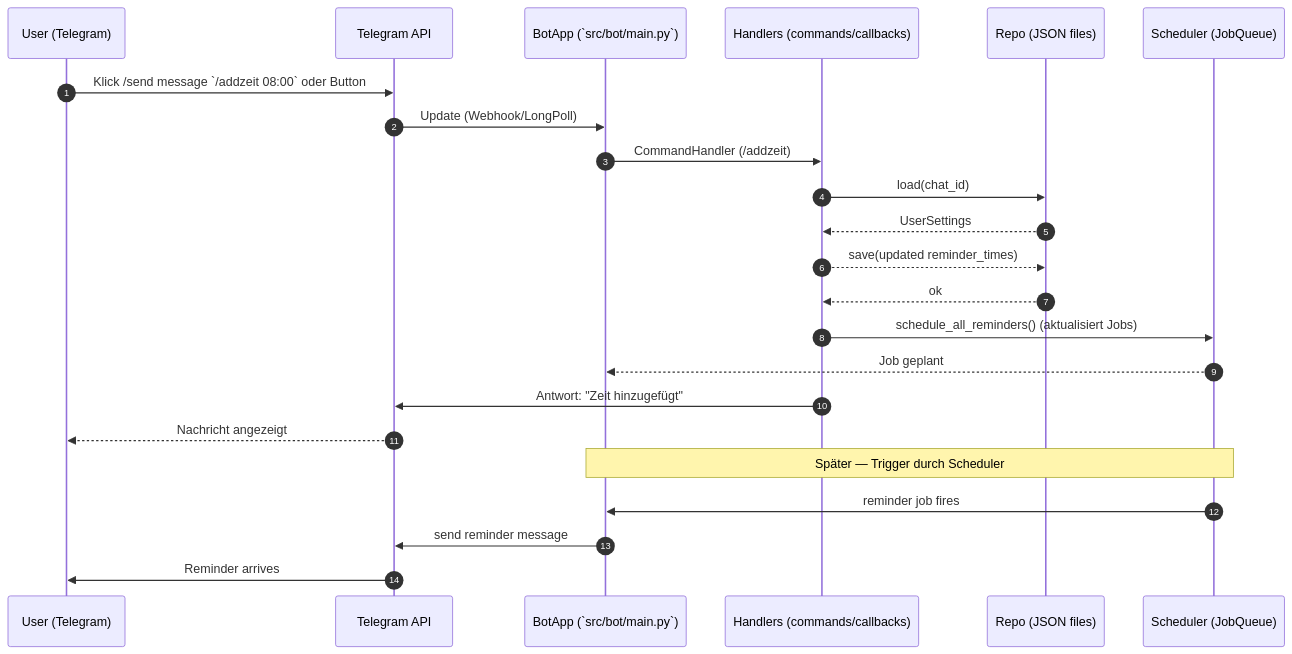
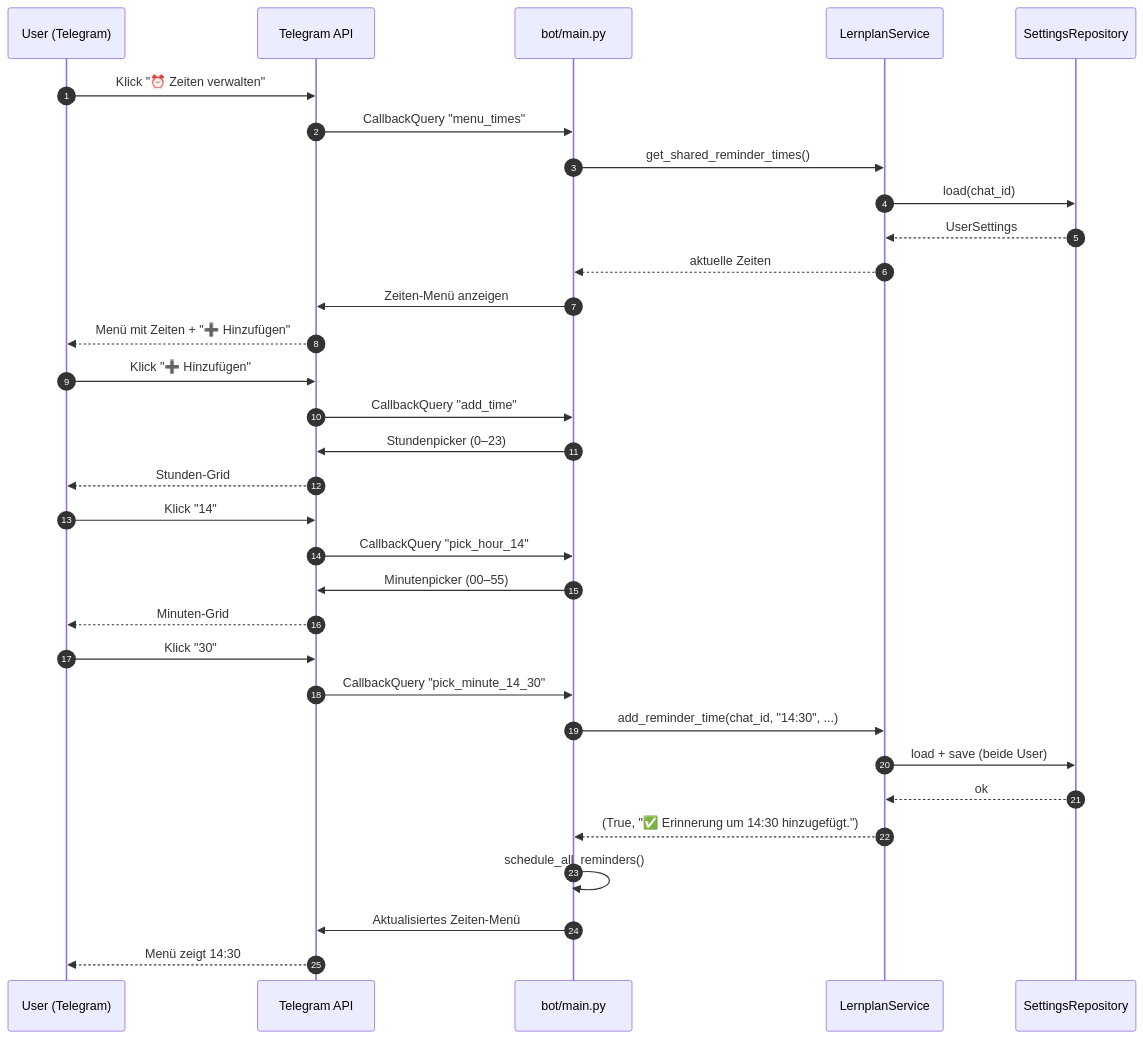
The second of 3 diagrams in ARCHITECTURE.md (portboy/LernplanReminderBot_v2), drawn with Mermaid before and after one commit. The commit also changed other lines of this file and 20 other files, not shown here.

````diff
--- a/ARCHITECTURE.md
+++ b/ARCHITECTURE.md
@@ -35,27 +111,38 @@
 ```mermaid
 sequenceDiagram
   autonumber
   participant U as User (Telegram)
   participant T as Telegram API
-  participant B as BotApp (`src/bot/main.py`)
-  participant H as Handlers (commands/callbacks)
-  participant R as Repo (JSON files)
-  participant S as Scheduler (JobQueue)
+  participant B as bot/main.py
+  participant S as LernplanService
+  participant R as SettingsRepository
 
-  U->>T: Klick /send message `/addzeit 08:00` oder Button
-  T->>B: Update (Webhook/LongPoll)
-  B->>H: CommandHandler (/addzeit)
-  H->>R: load(chat_id)
-  R-->>H: UserSettings
-  H-->>R: save(updated reminder_times)
-  R-->>H: ok
-  H->>S: schedule_all_reminders() (aktualisiert Jobs)
-  S-->>B: Job geplant
-  H->>T: Antwort: "Zeit hinzugefügt"
-  T-->>U: Nachricht angezeigt
+  U->>T: Klick "⏰ Zeiten verwalten"
+  T->>B: CallbackQuery "menu_times"
+  B->>S: get_shared_reminder_times()
+  S->>R: load(chat_id)
+  R-->>S: UserSettings
+  S-->>B: aktuelle Zeiten
+  B->>T: Zeiten-Menü anzeigen
+  T-->>U: Menü mit Zeiten + "➕ Hinzufügen"
 
-  Note over S,B: Später — Trigger durch Scheduler
-  S->>B: reminder job fires
-  B->>T: send reminder message
-  T->>U: Reminder arrives
+  U->>T: Klick "➕ Hinzufügen"
+  T->>B: CallbackQuery "add_time"
+  B->>T: Stundenpicker (0–23)
+  T-->>U: Stunden-Grid
+
+  U->>T: Klick "14"
+  T->>B: CallbackQuery "pick_hour_14"
+  B->>T: Minutenpicker (00–55)
+  T-->>U: Minuten-Grid
+
+  U->>T: Klick "30"
+  T->>B: CallbackQuery "pick_minute_14_30"
+  B->>S: add_reminder_time(chat_id, "14:30", ...)
+  S->>R: load + save (beide User)
+  R-->>S: ok
+  S-->>B: (True, "✅ Erinnerung um 14:30 hinzugefügt.")
+  B->>B: schedule_all_reminders()
+  B->>T: Aktualisiertes Zeiten-Menü
+  T-->>U: Menü zeigt 14:30
 ```
````
